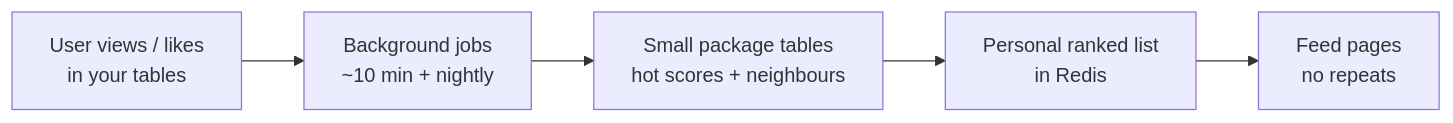
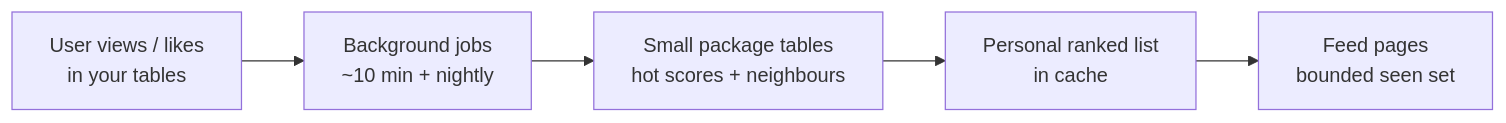
The first of 3 diagrams in docs/how-it-works.md (solutionforest/laravel-recommender), drawn with Mermaid before and after one commit. The commit also changed other lines of this file and 12 other files, not shown here.

````diff
--- a/docs/how-it-works.md
+++ b/docs/how-it-works.md
@@ -13,7 +13,7 @@
 ```mermaid
 flowchart LR
   U[User views / likes<br/>in your tables] --> J[Background jobs<br/>~10 min + nightly]
   J --> M[Small package tables<br/>hot scores + neighbours]
-  M --> F[Personal ranked list<br/>in Redis]
-  F --> P[Feed pages<br/>no repeats]
+  M --> F[Personal ranked list<br/>in cache]
+  F --> P[Feed pages<br/>bounded seen set]
 ```
````
